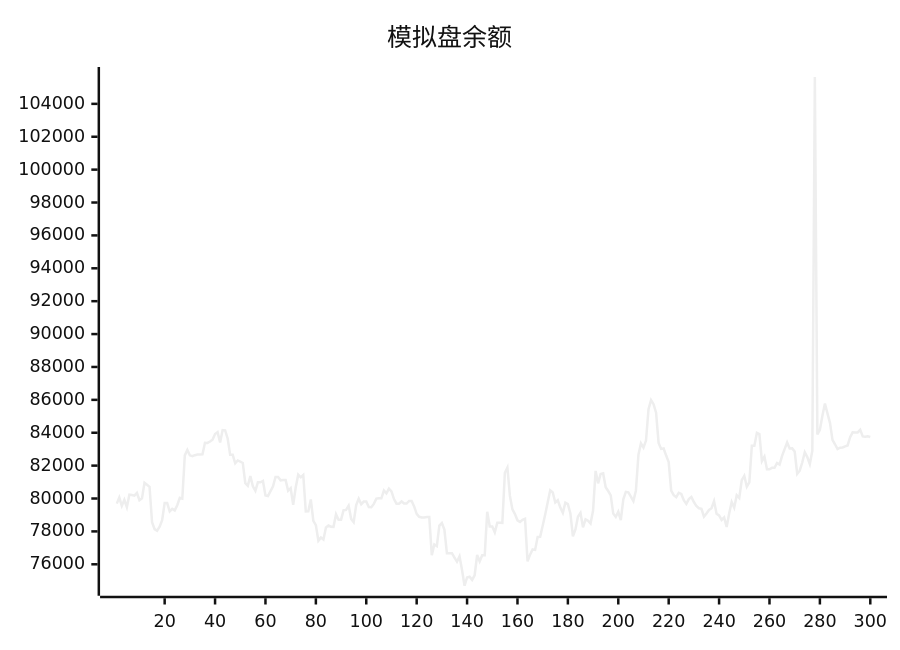
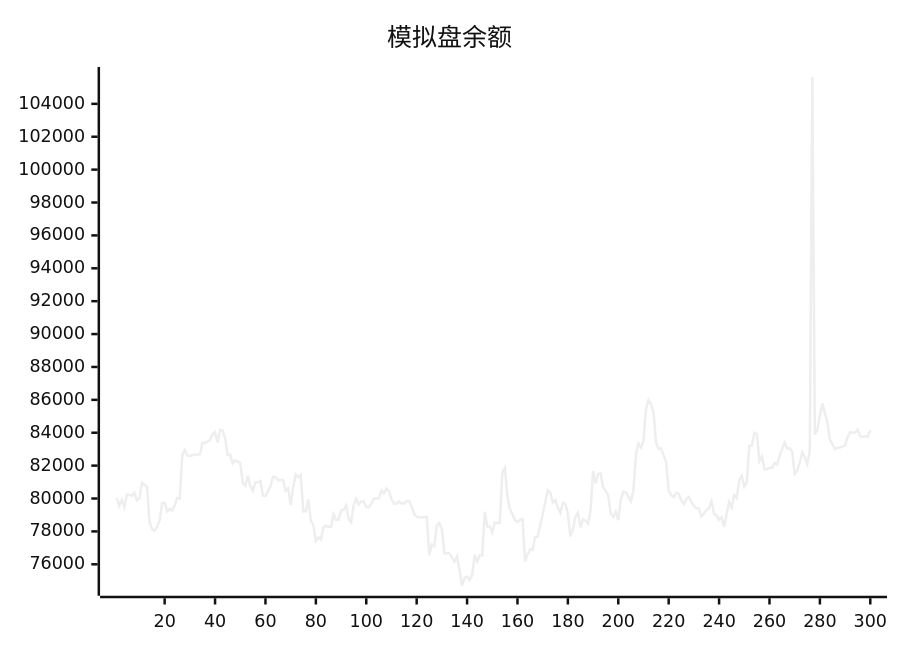
One commit to aahl/ai-trading changed the diagram in README.md. Above: the diagram before and after it, drawn with Mermaid (neutral theme). The commit also changed other lines of this file and 1 other file, not shown here.

````diff
--- a/README.md
+++ b/README.md
@@ -5,5 +5,5 @@
 ```mermaid
 xychart
     title "模拟盘余额"
-    line [79688,80060,79552,79920,79470,80236,80208,80170,80336,79894,80006,80954,80837,80712,78561,78139,78037,78293,78682,79720,79720,79214,79372,79279,79591,80046,79993,82625,82950,82626,82571,82633,82670,82670,82681,83386,83378,83464,83579,83920,84037,83402,84160,84142,83652,82655,82655,82145,82315,82243,82163,80934,80770,81371,80742,80468,80989,80989,81067,80191,80155,80450,80737,81309,81309,81106,81119,81119,80471,80631,79624,80670,81448,81290,81429,79212,79222,79940,78643,78380,77432,77623,77504,78235,78358,78284,78277,79048,78714,78714,79290,79308,79567,78763,78563,79603,79988,79652,79813,79813,79476,79469,79673,79995,80015,80015,80486,80314,80600,80436,79966,79689,79689,79819,79692,79692,79850,79850,79518,79071,78889,78850,78850,78878,78878,76554,77202,77103,78357,78510,78106,76678,76677,76672,76411,76159,76485,75656,74695,75197,75246,75052,75334,76564,76179,76553,76551,79196,78300,78300,77944,78531,78531,78521,81564,81884,80160,79335,79055,78675,78580,78708,78764,76179,76586,76902,76876,77658,77669,78346,79023,79769,80497,80366,79761,79896,79448,79126,79749,79658,79097,77695,78114,78888,79126,78249,78738,78653,78478,79271,81680,80923,81488,81527,80681,80455,80190,79084,78879,79193,78686,79954,80403,80374,80118,79848,80491,82665,83351,83098,83525,85430,85983,85737,85221,83378,83014,83043,82613,82216,80477,80208,80081,80348,80277,79894,79670,79965,80093,79786,79542,79406,79371,78893,79087,79304,79406,79841,79072,78978,78696,78846,78272,79085,79787,79442,80198,80031,81120,81379,80718,80985,83214,83212,83993,83921,82270,82547,81776,81776,81866,81866,82158,82061,82596,83000,83408,83041,83050,82858,81503,81691,82188,82812,82517,82092,82901,105633,83898,84180,85030,85781,85178,84604,83569,83298,83008,83093,83107,83175,83228,83729,84025,84017,84019,84177,83775,83762,83785,83738]
+    line [80060,79552,79920,79470,80236,80208,80170,80336,79894,80006,80954,80837,80712,78561,78139,78037,78293,78682,79720,79720,79214,79372,79279,79591,80046,79993,82625,82950,82626,82571,82633,82670,82670,82681,83386,83378,83464,83579,83920,84037,83402,84160,84142,83652,82655,82655,82145,82315,82243,82163,80934,80770,81371,80742,80468,80989,80989,81067,80191,80155,80450,80737,81309,81309,81106,81119,81119,80471,80631,79624,80670,81448,81290,81429,79212,79222,79940,78643,78380,77432,77623,77504,78235,78358,78284,78277,79048,78714,78714,79290,79308,79567,78763,78563,79603,79988,79652,79813,79813,79476,79469,79673,79995,80015,80015,80486,80314,80600,80436,79966,79689,79689,79819,79692,79692,79850,79850,79518,79071,78889,78850,78850,78878,78878,76554,77202,77103,78357,78510,78106,76678,76677,76672,76411,76159,76485,75656,74695,75197,75246,75052,75334,76564,76179,76553,76551,79196,78300,78300,77944,78531,78531,78521,81564,81884,80160,79335,79055,78675,78580,78708,78764,76179,76586,76902,76876,77658,77669,78346,79023,79769,80497,80366,79761,79896,79448,79126,79749,79658,79097,77695,78114,78888,79126,78249,78738,78653,78478,79271,81680,80923,81488,81527,80681,80455,80190,79084,78879,79193,78686,79954,80403,80374,80118,79848,80491,82665,83351,83098,83525,85430,85983,85737,85221,83378,83014,83043,82613,82216,80477,80208,80081,80348,80277,79894,79670,79965,80093,79786,79542,79406,79371,78893,79087,79304,79406,79841,79072,78978,78696,78846,78272,79085,79787,79442,80198,80031,81120,81379,80718,80985,83214,83212,83993,83921,82270,82547,81776,81776,81866,81866,82158,82061,82596,83000,83408,83041,83050,82858,81503,81691,82188,82812,82517,82092,82901,105633,83898,84180,85030,85781,85178,84604,83569,83298,83008,83093,83107,83175,83228,83729,84025,84017,84019,84177,83775,83762,83785,83738,84160]
 ```
````
